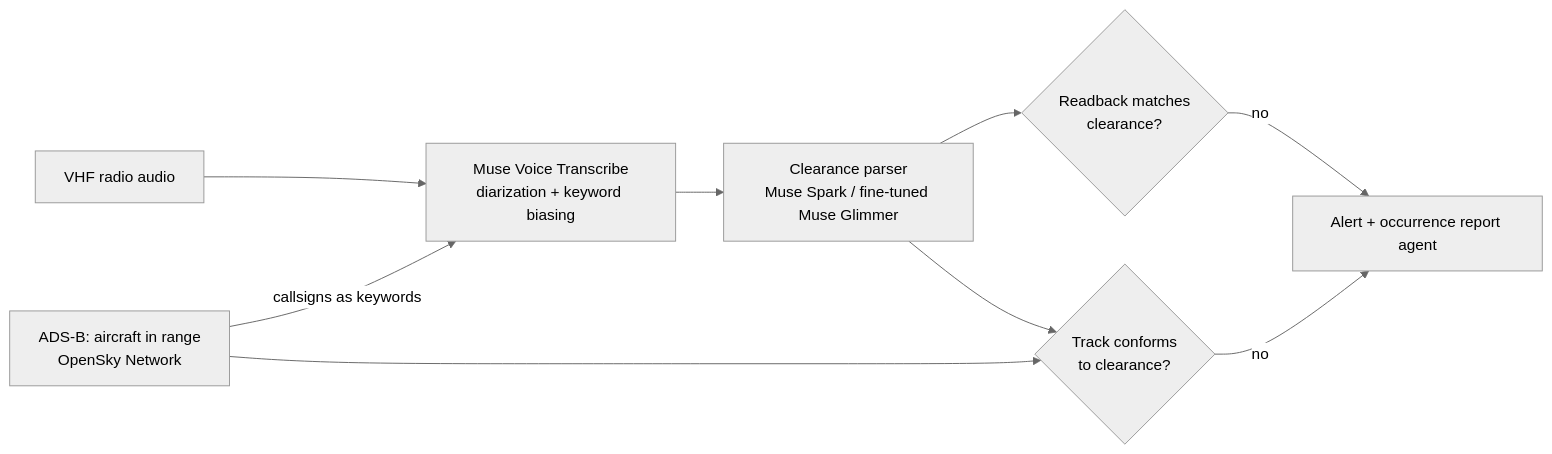
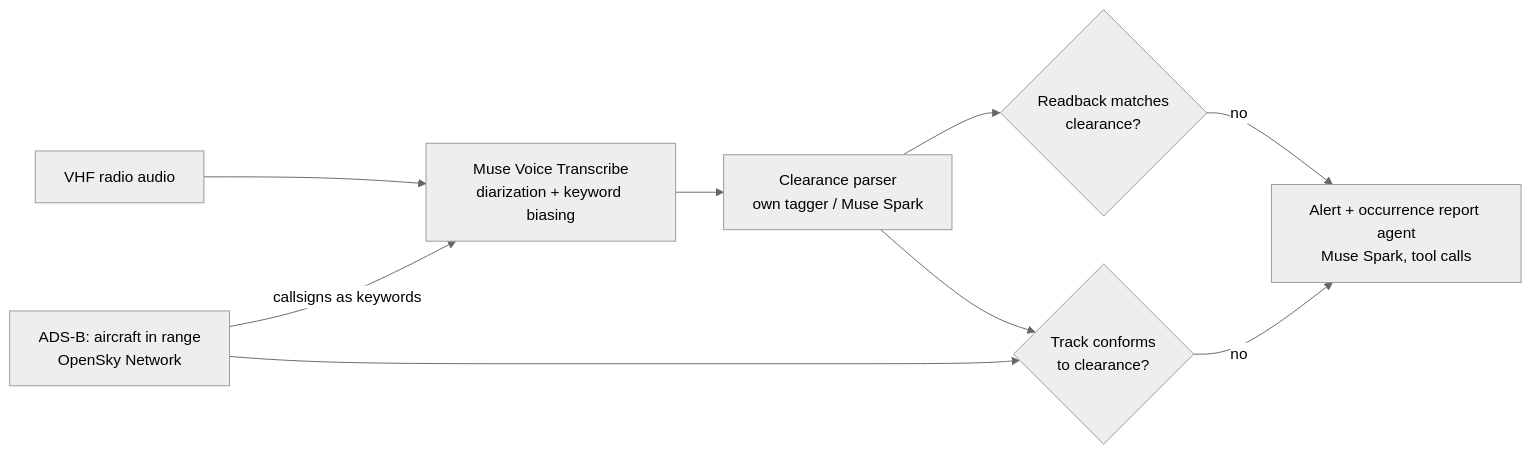
One commit to ROHITCRAFTSYT/readback changed the diagram in README.md. Above: the diagram before and after it, drawn with Mermaid (neutral theme). The commit also changed other lines of this file and 3 other files, not shown here.

````diff
--- a/README.md
+++ b/README.md
@@ -11,11 +13,11 @@
 ```mermaid
 flowchart LR
     R[VHF radio audio] --> T[Muse Voice Transcribe<br/>diarization + keyword biasing]
     A[ADS-B: aircraft in range<br/>OpenSky Network] -->|callsigns as keywords| T
-    T --> P[Clearance parser<br/>Muse Spark / fine-tuned Muse Glimmer]
+    T --> P[Clearance parser<br/>own tagger / Muse Spark]
     P --> M{Readback matches<br/>clearance?}
     A --> C{Track conforms<br/>to clearance?}
     P --> C
-    M -->|no| X[Alert + occurrence report agent]
+    M -->|no| X[Alert + occurrence report agent<br/>Muse Spark, tool calls]
     C -->|no| X
 ```
````
